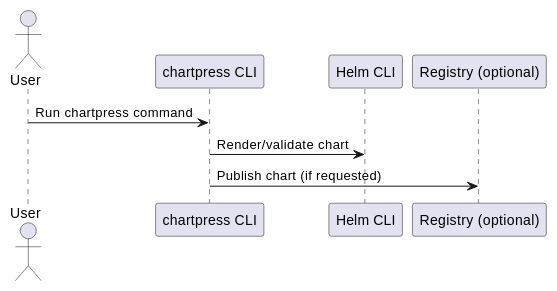
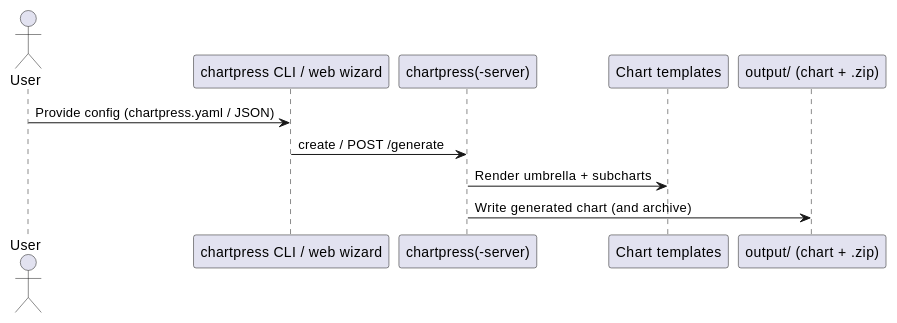
The diagram in README.adoc (kriipke/chartpress), drawn with PlantUML before and after one commit. The commit also changed other lines of this file and 15 other files, not shown here.

```diff
--- a/README.adoc
+++ b/README.adoc
@@ -105,13 +136,15 @@
 [plantuml]
 ----
 @startuml
 actor User
-participant "chartpress CLI" as CLI
-participant "Helm CLI" as Helm
-participant "Registry (optional)" as Registry
+participant "chartpress CLI / web wizard" as Client
+participant "chartpress(-server)" as Engine
+participant "Chart templates" as Templates
+participant "output/ (chart + .zip)" as Output
 
-User -> CLI : Run chartpress command
-CLI -> Helm : Render/validate chart
-CLI -> Registry : Publish chart (if requested)
+User -> Client : Provide config (chartpress.yaml / JSON)
+Client -> Engine : create / POST /generate
+Engine -> Templates : Render umbrella + subcharts
+Engine -> Output : Write generated chart (and archive)
 @enduml
 ----
```
